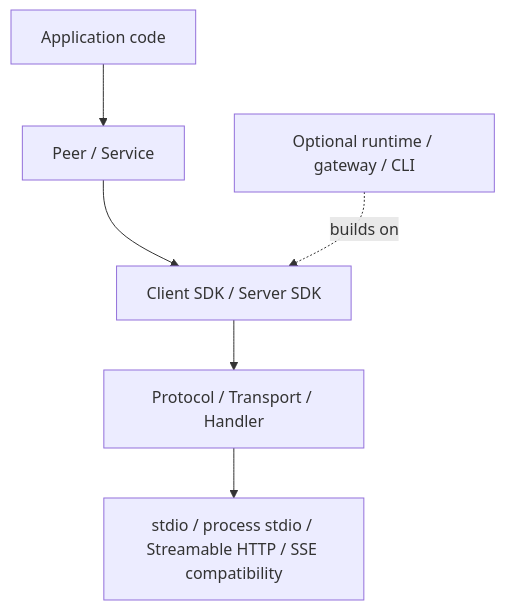
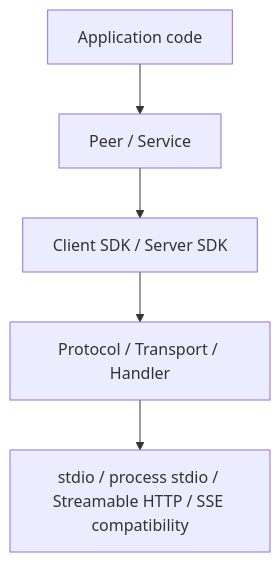
Before and after one commit to caomengxuan666/cxxmcp: the diagram in README.md, drawn with Mermaid. The commit also changed other lines of this file and 39 other files, not shown here.

````diff
--- a/README.md
+++ b/README.md
@@ -125,15 +174,12 @@
 ```mermaid
 flowchart TD
     app[Application code]
     peer[Peer / Service]
     sdk[Client SDK / Server SDK]
     core[Protocol / Transport / Handler]
     io[stdio / process stdio / Streamable HTTP / SSE compatibility]
-    tools[Optional runtime / gateway / CLI]
-
     app --> peer
     peer --> sdk
     sdk --> core
     core --> io
-    tools -. builds on .-> sdk
 ```
````
